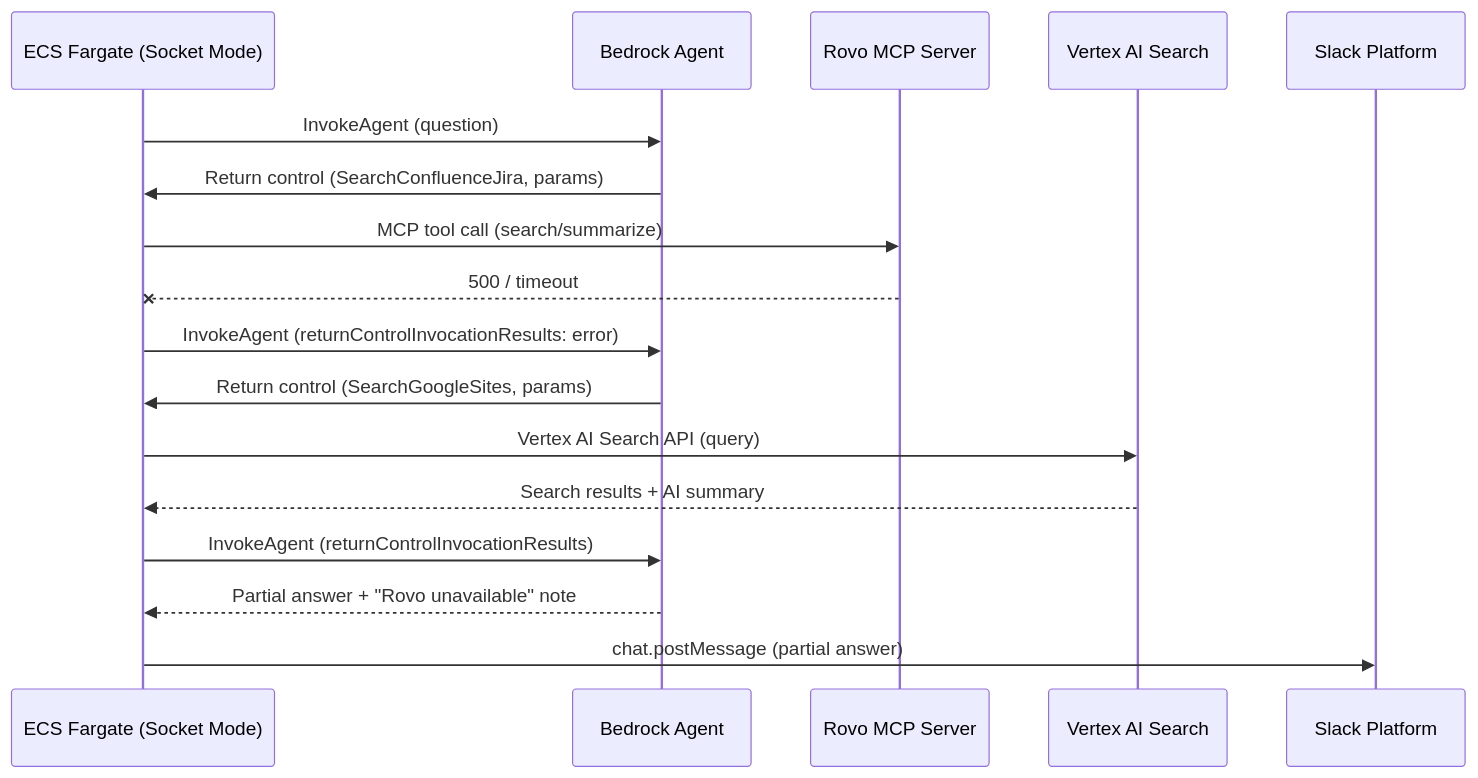
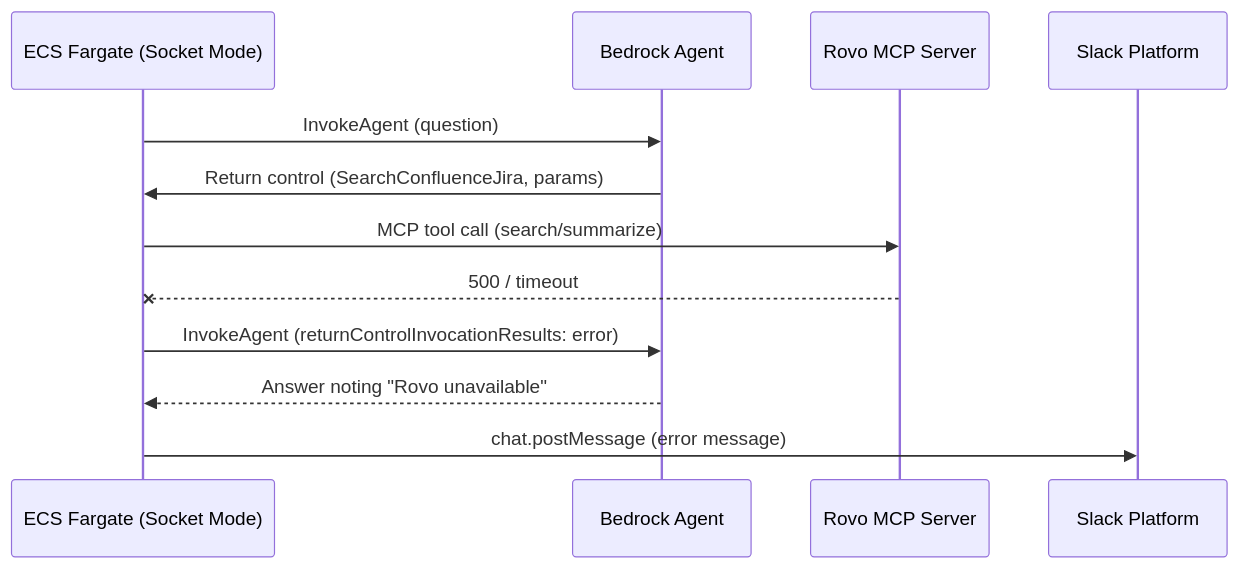
One commit to Sage-Bionetworks-IT/sage-kb-chatbot changed the second of 3 diagrams in .kiro/specs/slack-agent-router/design.md. Above: the diagram before and after it, drawn with Mermaid. The commit also changed other lines of this file and 17 other files, not shown here.

First line of the commit message:
refactor: remove Vertex AI Search backend (#35)

````diff
--- a/.kiro/specs/slack-agent-router/design.md
+++ b/.kiro/specs/slack-agent-router/design.md
@@ -71,20 +65,15 @@
 ```mermaid
 sequenceDiagram
     participant ECS as ECS Fargate (Socket Mode)
     participant BA as Bedrock Agent
     participant RV as Rovo MCP Server
-    participant GS as Vertex AI Search
     participant S as Slack Platform
 
     ECS->>BA: InvokeAgent (question)
     BA->>ECS: Return control (SearchConfluenceJira, params)
     ECS->>RV: MCP tool call (search/summarize)
     RV--xECS: 500 / timeout
     ECS->>BA: InvokeAgent (returnControlInvocationResults: error)
-    BA->>ECS: Return control (SearchGoogleSites, params)
-    ECS->>GS: Vertex AI Search API (query)
-    GS-->>ECS: Search results + AI summary
-    ECS->>BA: InvokeAgent (returnControlInvocationResults)
-    BA-->>ECS: Partial answer + "Rovo unavailable" note
-    ECS->>S: chat.postMessage (partial answer)
+    BA-->>ECS: Answer noting "Rovo unavailable"
+    ECS->>S: chat.postMessage (error message)
 ```
````
